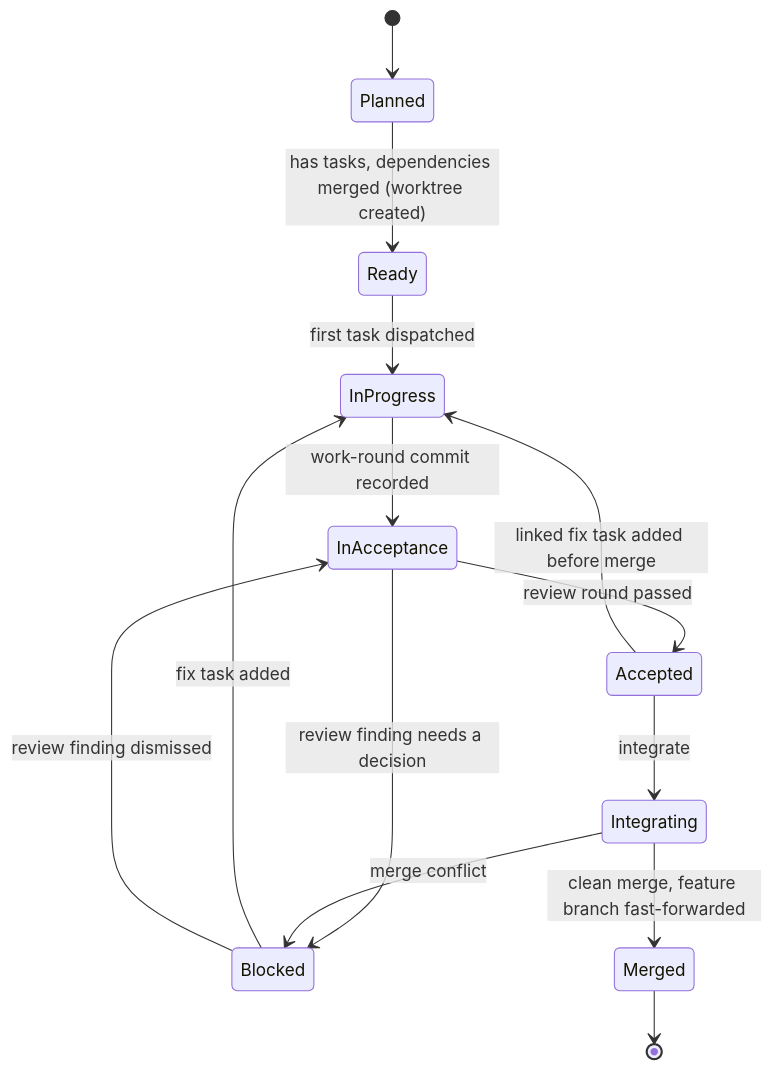
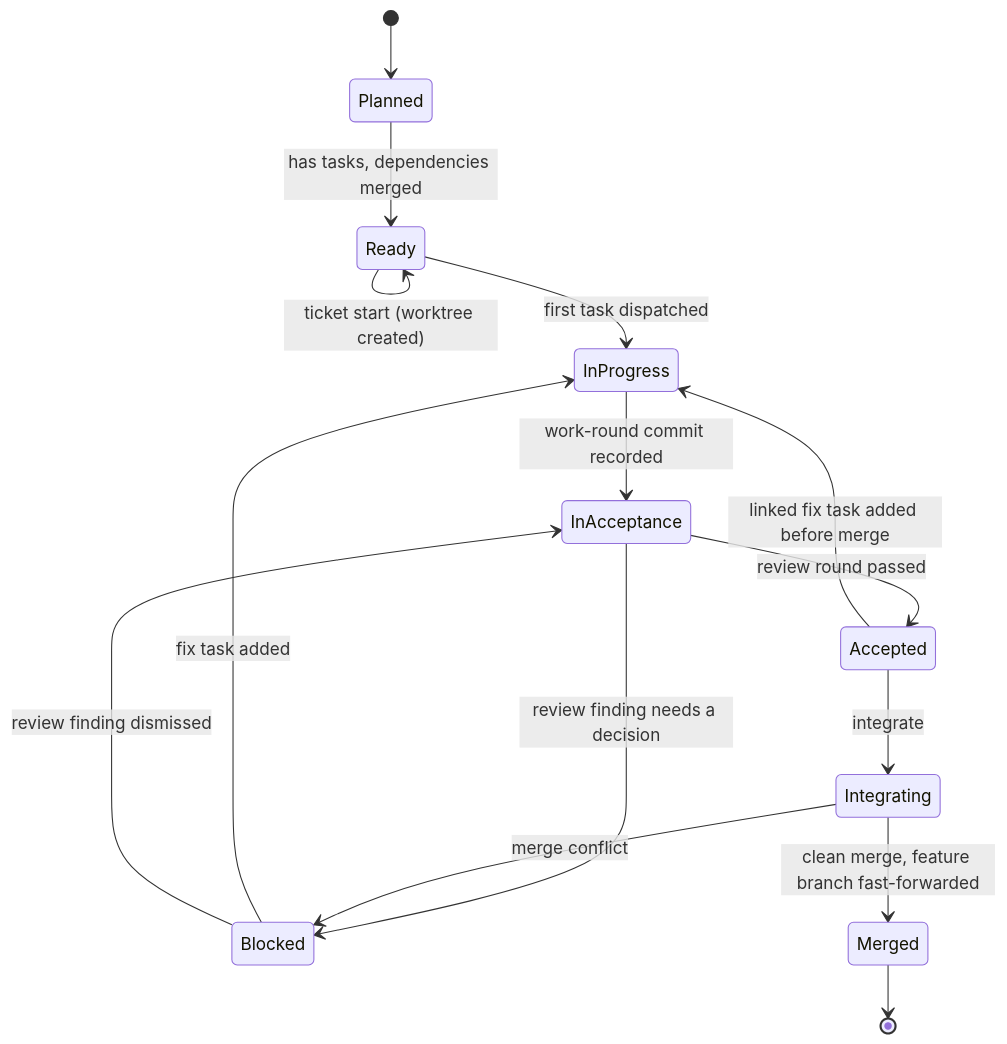
The fifth of 7 diagrams in SDD-WORKFLOWS.md (UseTheFork/spindle), drawn with Mermaid before and after one commit. The commit also changed other lines of this file, not shown here.

Commit message:
feat: clarify task readiness criteria and enhance ticket workflow details

````diff
--- a/SDD-WORKFLOWS.md
+++ b/SDD-WORKFLOWS.md
@@ -349,16 +355,17 @@
 ```mermaid
 stateDiagram-v2
     [*] --> Planned
-    Planned --> Ready: has tasks, dependencies merged (worktree created)
+    Planned --> Ready: has tasks, dependencies merged
+    Ready --> Ready: ticket start (worktree created)
     Ready --> InProgress: first task dispatched
     InProgress --> InAcceptance: work-round commit recorded
     InAcceptance --> Accepted: review round passed
     InAcceptance --> Blocked: review finding needs a decision
     Accepted --> Integrating: integrate
     Accepted --> InProgress: linked fix task added before merge
     Integrating --> Merged: clean merge, feature branch fast-forwarded
     Integrating --> Blocked: merge conflict
     Blocked --> InProgress: fix task added
     Blocked --> InAcceptance: review finding dismissed
     Merged --> [*]
 ```
````
